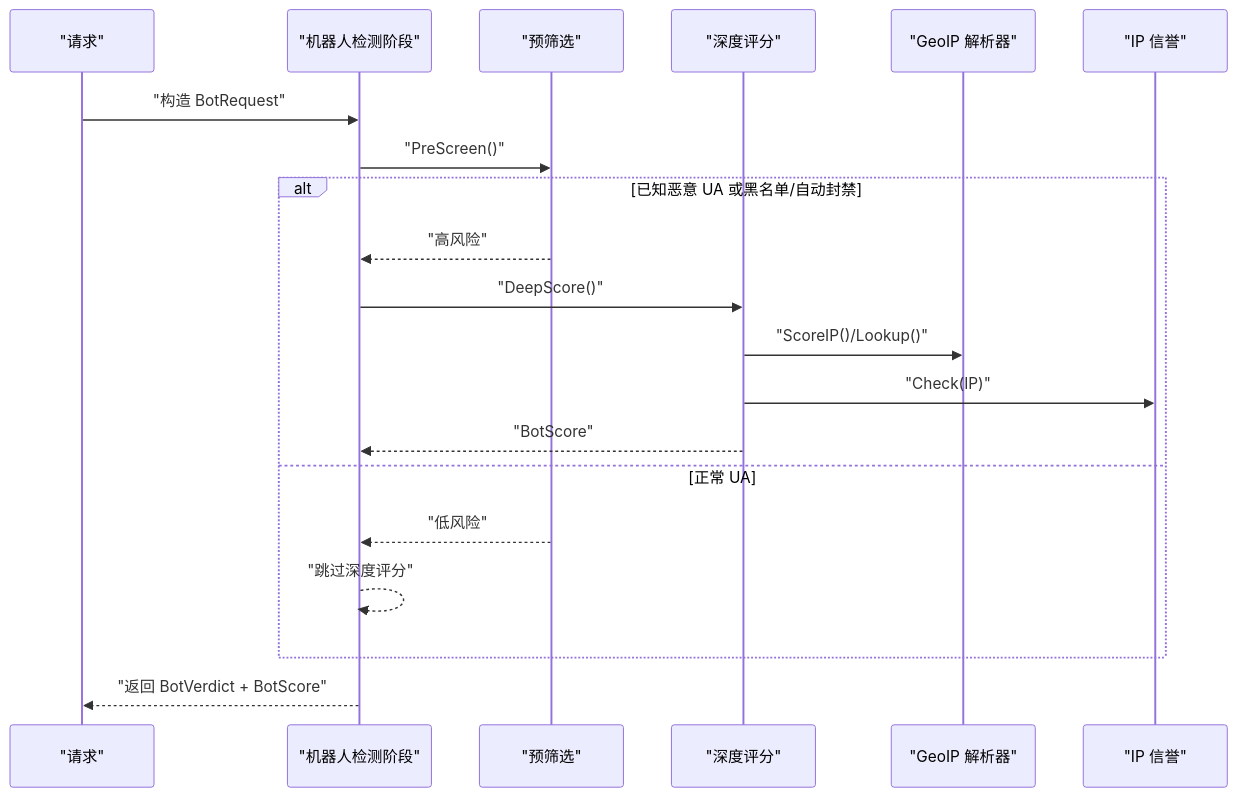
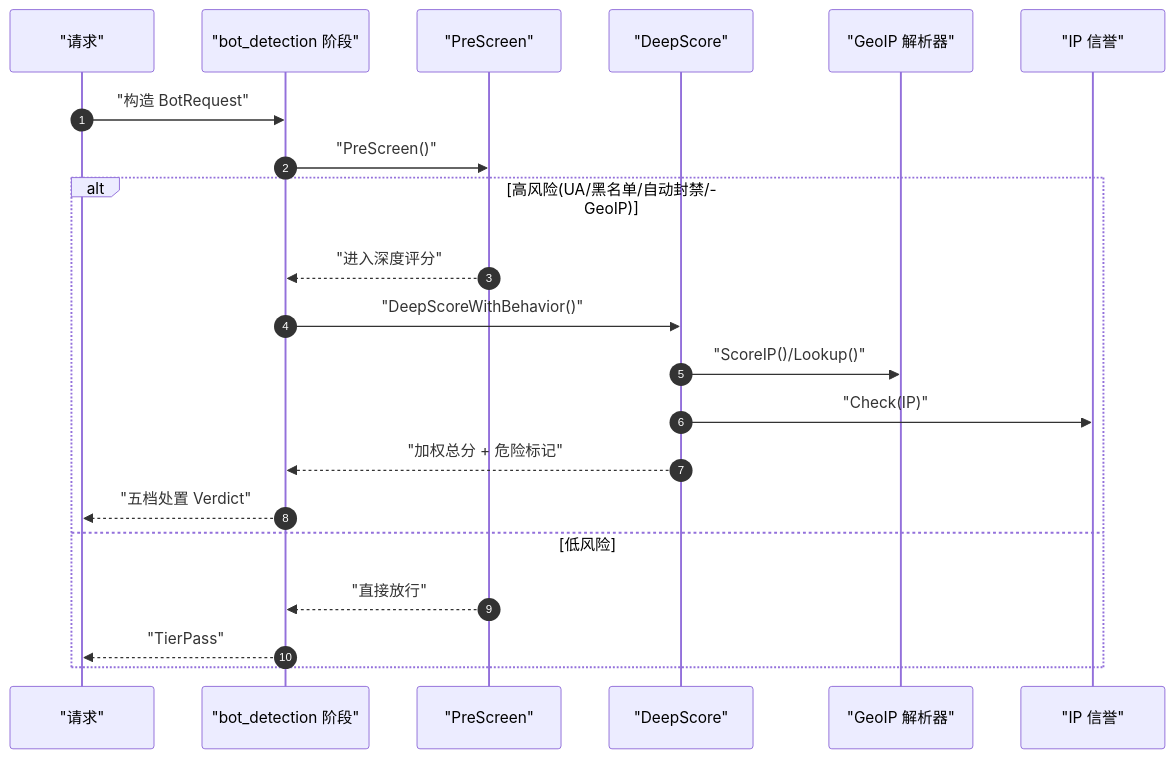
One commit to x01n/My-OpenWaf changed the sixth of 10 diagrams in docs/WAF 引擎系统/处理阶段详解/处理阶段详解.md. Above: the diagram before and after it, drawn with Mermaid. The commit also changed other lines of this file and 622 other files, not shown here.

````diff
--- a/docs/WAF 引擎系统/处理阶段详解/处理阶段详解.md
+++ b/docs/WAF 引擎系统/处理阶段详解/处理阶段详解.md
@@ -209,22 +265,23 @@
 ```mermaid
 sequenceDiagram
-participant Req as "请求"
-participant Bot as "机器人检测阶段"
-participant Pre as "预筛选"
-participant Deep as "深度评分"
-participant Geo as "GeoIP 解析器"
-participant Rep as "IP 信誉"
-Req->>Bot : "构造 BotRequest"
-Bot->>Pre : "PreScreen()"
-alt 已知恶意 UA 或黑名单/自动封禁
-Pre-->>Bot : "高风险"
-Bot->>Deep : "DeepScore()"
-Deep->>Geo : "ScoreIP()/Lookup()"
-Deep->>Rep : "Check(IP)"
-Deep-->>Bot : "BotScore"
-else 正常 UA
-Pre-->>Bot : "低风险"
-Bot-->>Bot : "跳过深度评分"
-end
-Bot-->>Req : "返回 BotVerdict + BotScore"
+  autonumber
+  participant Req as "请求"
+  participant Bot as "bot_detection 阶段"
+  participant Pre as "PreScreen"
+  participant Deep as "DeepScore"
+  participant Geo as "GeoIP 解析器"
+  participant Rep as "IP 信誉"
+  Req->>Bot : "构造 BotRequest"
+  Bot->>Pre : "PreScreen()"
+  alt 高风险(UA/黑名单/自动封禁/GeoIP)
+    Pre-->>Bot : "进入深度评分"
+    Bot->>Deep : "DeepScoreWithBehavior()"
+    Deep->>Geo : "ScoreIP()/Lookup()"
+    Deep->>Rep : "Check(IP)"
+    Deep-->>Bot : "加权总分 + 危险标记"
+    Bot-->>Req : "五档处置 Verdict"
+  else 低风险
+    Pre-->>Bot : "直接放行"
+    Bot-->>Req : "TierPass"
+  end
 ```
````
